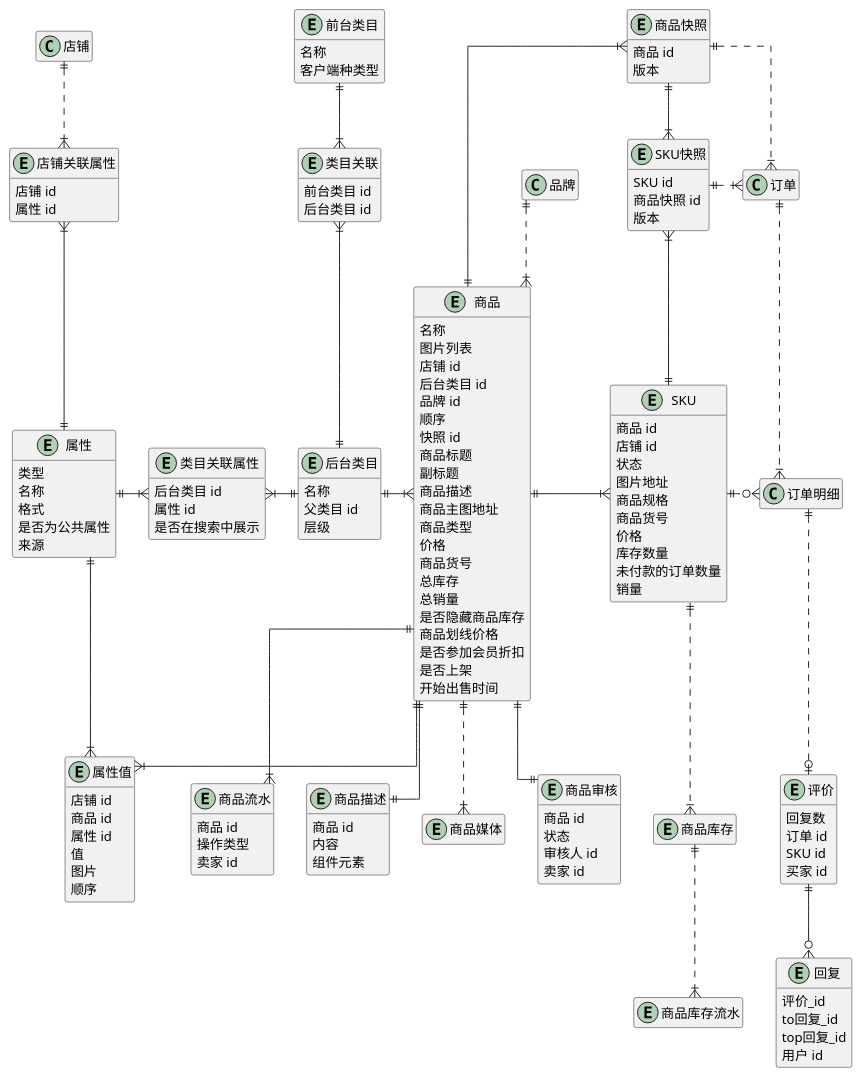
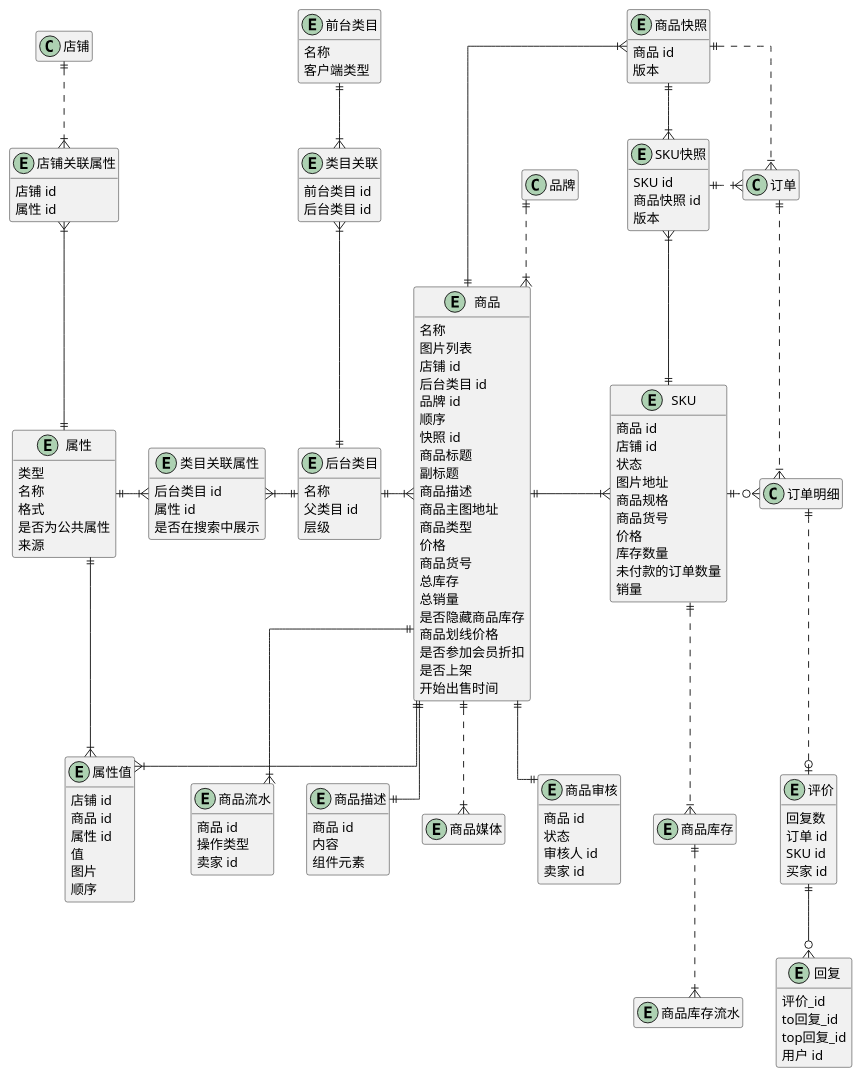
The diagram in doc/商品.puml (awesomecat2020/mock-mall), drawn with PlantUML before and after one commit. The commit also changed 7 other files, not shown here.

```diff
--- a/doc/商品.puml
+++ b/doc/商品.puml
@@ -64,7 +64,7 @@
 ' 前台类目对应后台的叶子类目和某项属性的组合。例如分类时选择奶粉中的1段、2段、3段等属性组成类目。
 entity 前台类目 {
     名称
-    客户端种类型
+    客户端类型
 }
 ' 前台类目：后台类目 = n：n
 entity 类目关联 {
```
